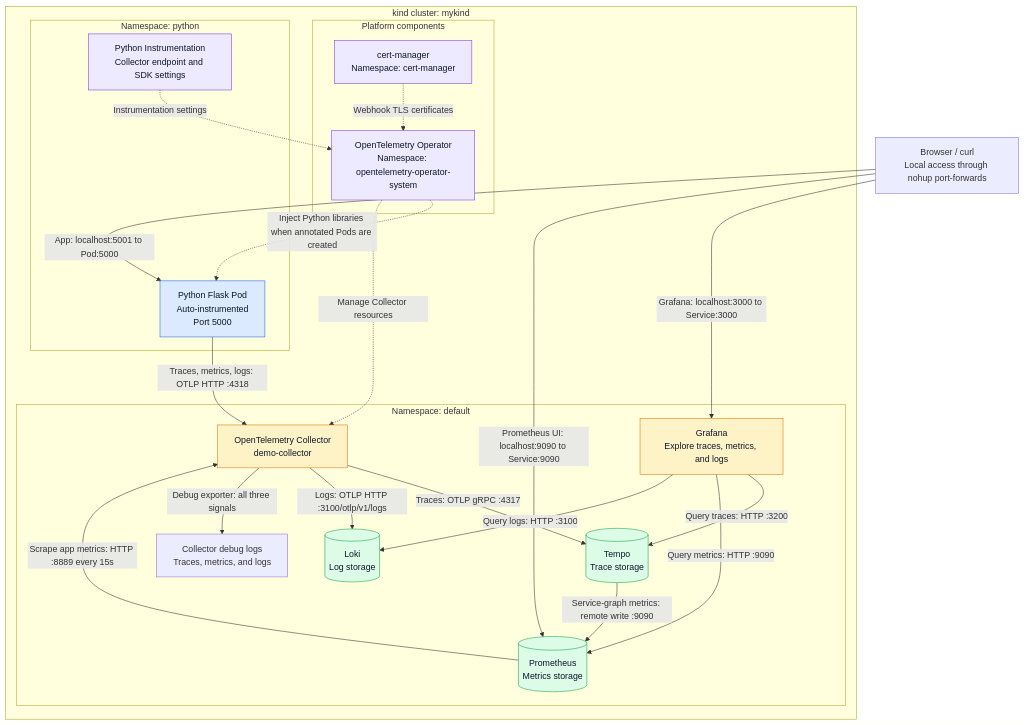
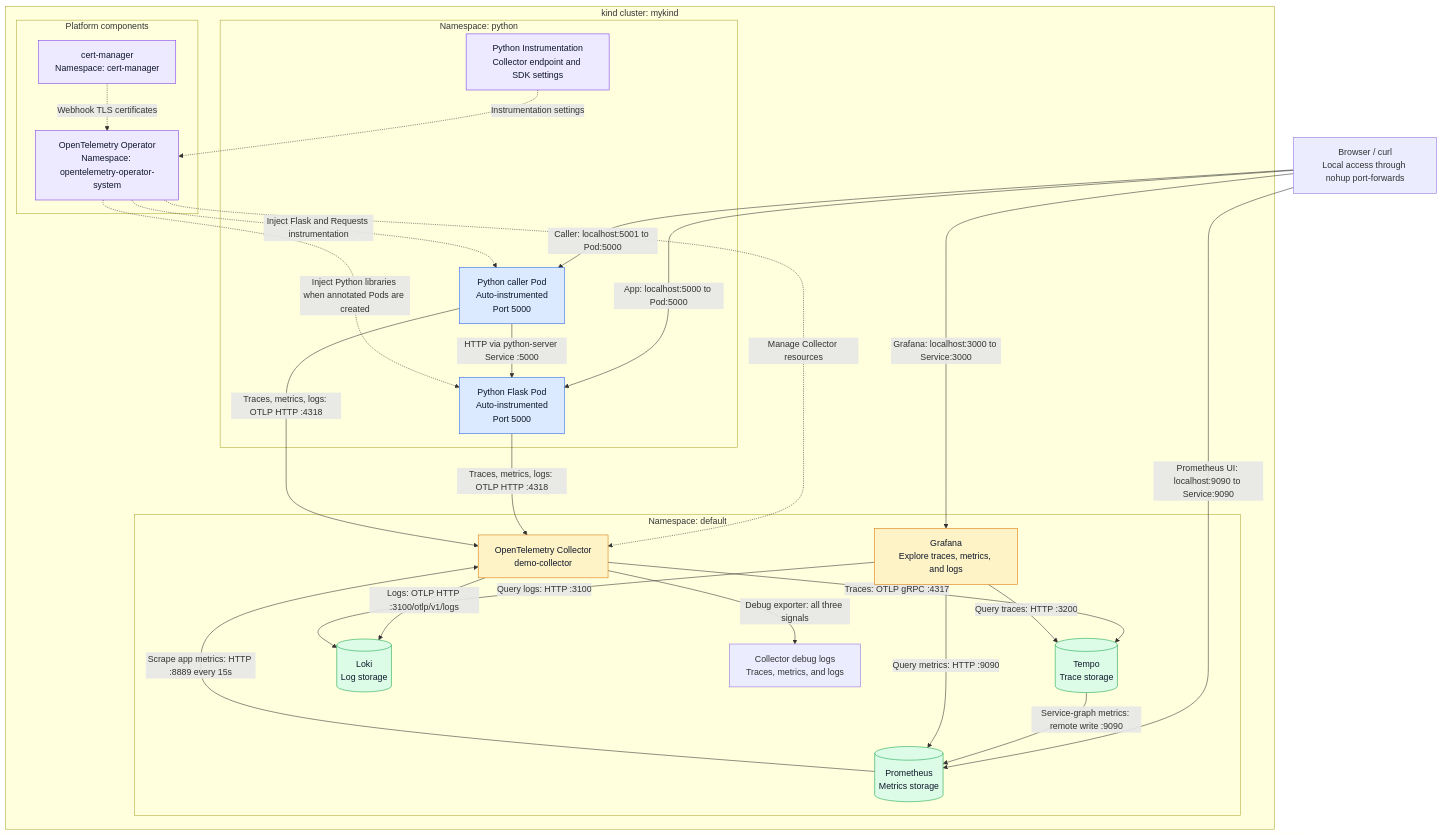
Before and after one commit to jainrohitk/opentelemetry: the diagram in README.md, drawn with Mermaid. The commit also changed other lines of this file and 6 other files, not shown here.

First line of the commit message:
Add instrumented Python client-server demo and traffic generator

````diff
--- a/README.md
+++ b/README.md
@@ -8,53 +8,58 @@
 ```mermaid
 flowchart TB
     Browser["Browser / curl<br/>Local access through nohup port-forwards"]
 
     subgraph Cluster["kind cluster: mykind"]
         subgraph Platform["Platform components"]
             CertManager["cert-manager<br/>Namespace: cert-manager"]
             Operator["OpenTelemetry Operator<br/>Namespace: opentelemetry-operator-system"]
         end
 
         subgraph PythonNamespace["Namespace: python"]
             Instrumentation["Python Instrumentation<br/>Collector endpoint and SDK settings"]
             App["Python Flask Pod<br/>Auto-instrumented<br/>Port 5000"]
+            Client["Python caller Pod<br/>Auto-instrumented<br/>Port 5000"]
         end
 
         subgraph DefaultNamespace["Namespace: default"]
             Collector["OpenTelemetry Collector<br/>demo-collector"]
             Tempo[("Tempo<br/>Trace storage")]
             Prometheus[("Prometheus<br/>Metrics storage")]
             Loki[("Loki<br/>Log storage")]
             Grafana["Grafana<br/>Explore traces, metrics, and logs"]
             DebugLogs["Collector debug logs<br/>Traces, metrics, and logs"]
         end
     end
 
-    Browser -->|"App: localhost:5001 to Pod:5000"| App
+    Browser -->|"App: localhost:5000 to Pod:5000"| App
+    Browser -->|"Caller: localhost:5001 to Pod:5000"| Client
+    Client -->|"HTTP via python-server Service :5000"| App
     Browser -->|"Grafana: localhost:3000 to Service:3000"| Grafana
     Browser -->|"Prometheus UI: localhost:9090 to Service:9090"| Prometheus
 
     CertManager -.->|"Webhook TLS certificates"| Operator
     Instrumentation -.->|"Instrumentation settings"| Operator
     Operator -.->|"Inject Python libraries when annotated Pods are created"| App
+    Operator -.->|"Inject Flask and Requests instrumentation"| Client
     Operator -.->|"Manage Collector resources"| Collector
 
     App -->|"Traces, metrics, logs: OTLP HTTP :4318"| Collector
+    Client -->|"Traces, metrics, logs: OTLP HTTP :4318"| Collector
     Collector -->|"Traces: OTLP gRPC :4317"| Tempo
     Collector -->|"Logs: OTLP HTTP :3100/otlp/v1/logs"| Loki
     Tempo -->|"Service-graph metrics: remote write :9090"| Prometheus
     Prometheus -->|"Scrape app metrics: HTTP :8889 every 15s"| Collector
     Grafana -->|"Query traces: HTTP :3200"| Tempo
     Grafana -->|"Query metrics: HTTP :9090"| Prometheus
     Grafana -->|"Query logs: HTTP :3100"| Loki
     Collector -->|"Debug exporter: all three signals"| DebugLogs
 
     classDef app fill:#DBEAFE,stroke:#2563EB,color:#0F172A
     classDef collector fill:#FEF3C7,stroke:#D97706,color:#0F172A
     classDef storage fill:#DCFCE7,stroke:#16A34A,color:#0F172A
     classDef platform fill:#EDE9FE,stroke:#7C3AED,color:#0F172A
-    class App app
+    class App,Client app
     class Collector,Grafana collector
     class Tempo,Prometheus,Loki storage
     class CertManager,Operator,Instrumentation platform
 ```
````
